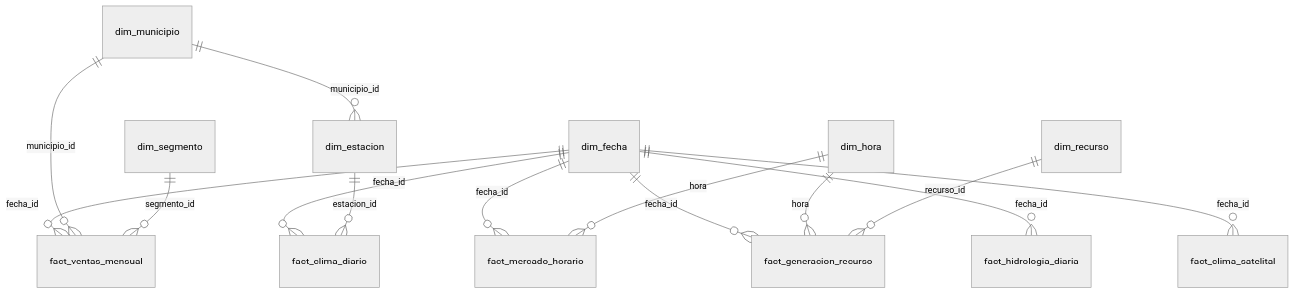
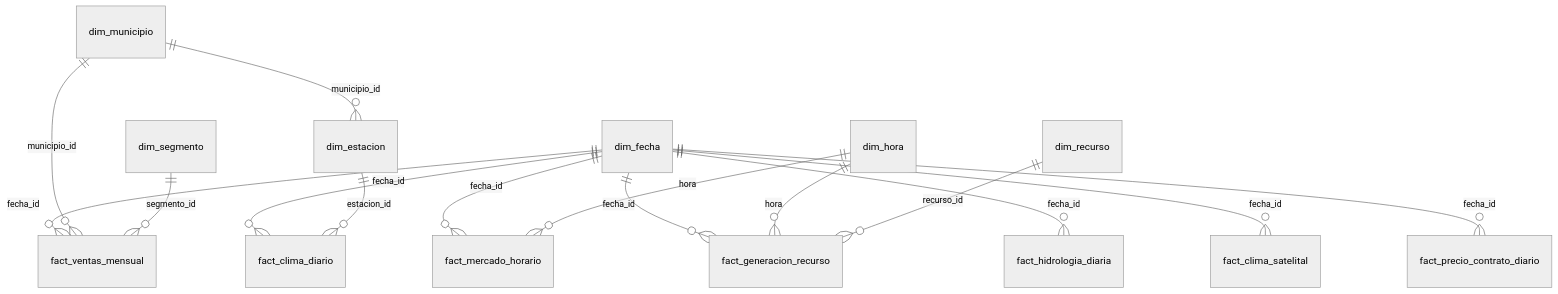
Before and after one commit to aleicer/pi4-observatorio-energia-grupo-1: the second of 2 diagrams in README.md, drawn with Mermaid (neutral theme). The commit also changed other lines of this file and 7 other files, not shown here.

````diff
--- a/README.md
+++ b/README.md
@@ -210,16 +264,17 @@
 ```mermaid
 erDiagram
     dim_fecha ||--o{ fact_ventas_mensual : fecha_id
     dim_municipio ||--o{ fact_ventas_mensual : municipio_id
     dim_segmento ||--o{ fact_ventas_mensual : segmento_id
     dim_fecha ||--o{ fact_mercado_horario : fecha_id
     dim_hora ||--o{ fact_mercado_horario : hora
     dim_fecha ||--o{ fact_generacion_recurso : fecha_id
     dim_hora ||--o{ fact_generacion_recurso : hora
     dim_recurso ||--o{ fact_generacion_recurso : recurso_id
     dim_fecha ||--o{ fact_hidrologia_diaria : fecha_id
     dim_fecha ||--o{ fact_clima_diario : fecha_id
     dim_estacion ||--o{ fact_clima_diario : estacion_id
     dim_municipio ||--o{ dim_estacion : municipio_id
     dim_fecha ||--o{ fact_clima_satelital : fecha_id
+    dim_fecha ||--o{ fact_precio_contrato_diario : fecha_id
 ```
````
